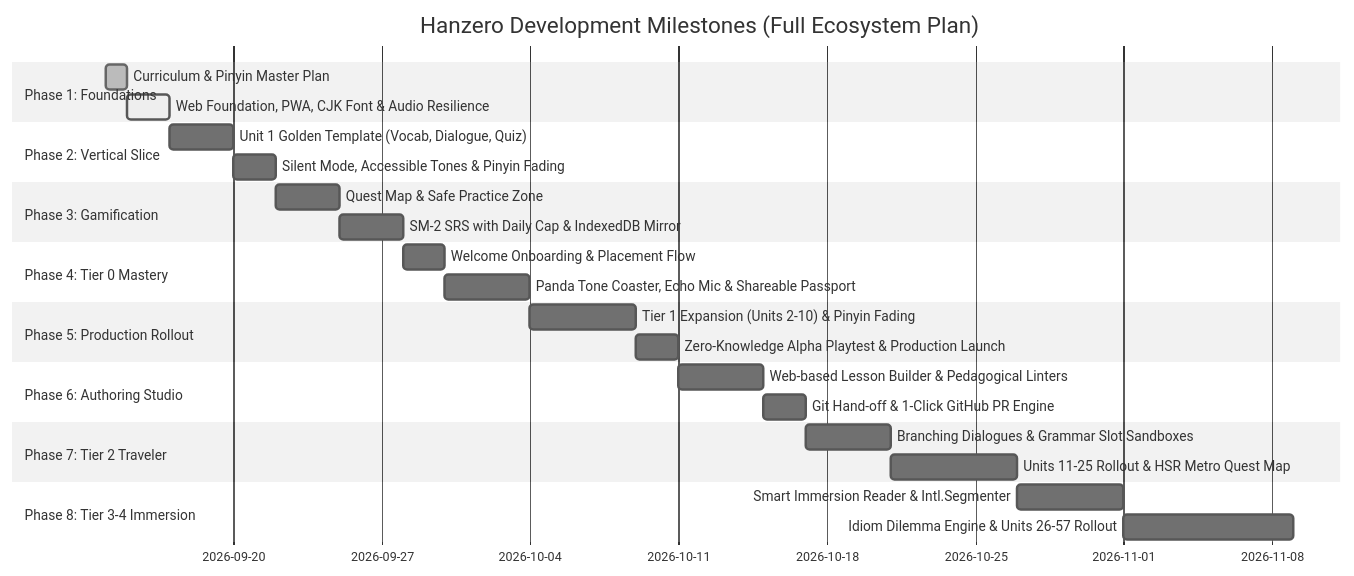
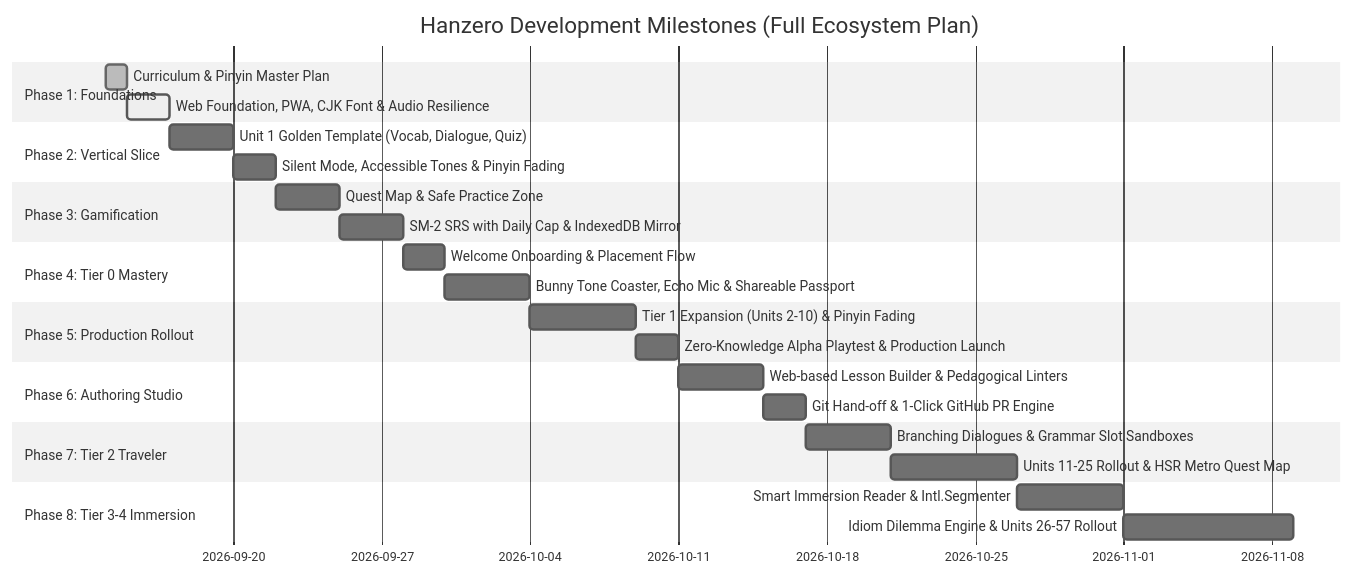
The diagram in docs/roadmap/milestone_plan.md (vavinon/Hanzero), drawn with Mermaid (neutral theme) before and after one commit. The commit also changed other lines of this file and 19 other files, not shown here.

````diff
--- a/docs/roadmap/milestone_plan.md
+++ b/docs/roadmap/milestone_plan.md
@@ -9,29 +9,29 @@
 ```mermaid
 gantt
     title Hanzero Development Milestones (Full Ecosystem Plan)
     dateFormat  YYYY-MM-DD
     section Phase 1: Foundations
     Curriculum & Pinyin Master Plan :done, p0, 2026-09-14, 1d
     Web Foundation, PWA, CJK Font & Audio Resilience :active, p1, 2026-09-15, 2d
     section Phase 2: Vertical Slice
     Unit 1 Golden Template (Vocab, Dialogue, Quiz) :p2, after p1, 3d
     Silent Mode, Accessible Tones & Pinyin Fading :p3, after p2, 2d
     section Phase 3: Gamification
     Quest Map & Safe Practice Zone :p4, after p3, 3d
     SM-2 SRS with Daily Cap & IndexedDB Mirror :p5, after p4, 3d
     section Phase 4: Tier 0 Mastery
     Welcome Onboarding & Placement Flow :p6, after p5, 2d
-    Panda Tone Coaster, Echo Mic & Shareable Passport :p7, after p6, 4d
+    Bunny Tone Coaster, Echo Mic & Shareable Passport :p7, after p6, 4d
     section Phase 5: Production Rollout
     Tier 1 Expansion (Units 2-10) & Pinyin Fading :p8, after p7, 5d
     Zero-Knowledge Alpha Playtest & Production Launch :p9, after p8, 2d
     section Phase 6: Authoring Studio
     Web-based Lesson Builder & Pedagogical Linters :p10, after p9, 4d
     Git Hand-off & 1-Click GitHub PR Engine :p11, after p10, 2d
     section Phase 7: Tier 2 Traveler
     Branching Dialogues & Grammar Slot Sandboxes :p12, after p11, 4d
     Units 11-25 Rollout & HSR Metro Quest Map :p13, after p12, 6d
     section Phase 8: Tier 3-4 Immersion
     Smart Immersion Reader & Intl.Segmenter :p14, after p13, 5d
     Idiom Dilemma Engine & Units 26-57 Rollout :p15, after p14, 8d
 ```
````
